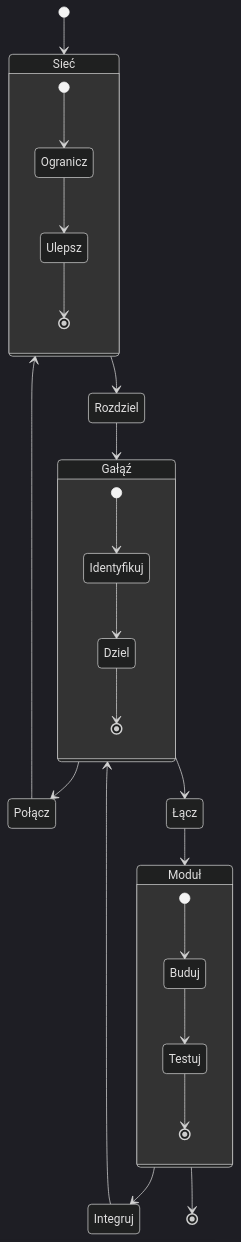
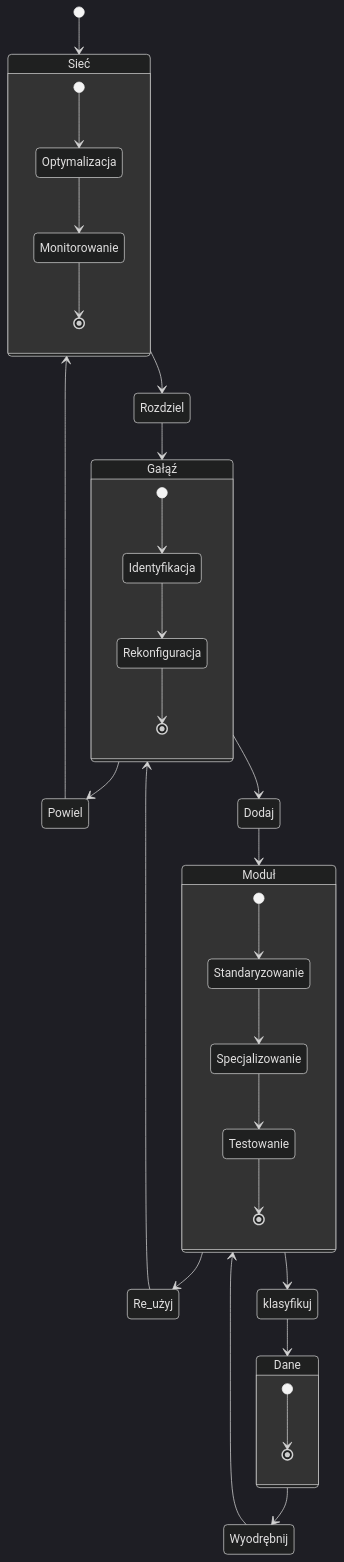
Before and after one commit to hipermodularyzacja/prezentacja: the ninth of 12 diagrams in README.md, drawn with Mermaid (dark theme). The commit also changed other lines of this file, not shown here.

````diff
--- a/README.md
+++ b/README.md
@@ -884,35 +883,46 @@
 ```mermaid
 stateDiagram    
     [*] --> Sieć
    
-    Rozdziel --> Gałąź    
+    Rozdziel --> Gałąź   
     Sieć --> Rozdziel
     
-    Gałąź --> Połącz
-    Połącz --> Sieć
+    Gałąź --> Powiel
+    Powiel --> Sieć
+        
+    Gałąź --> Dodaj
+    Dodaj --> Moduł
 
-    Łącz --> Moduł
-    Moduł --> Integruj
-    Integruj --> Gałąź
-    Gałąź --> Łącz
-    Moduł --> [*]
+    Re_użyj --> Gałąź
+    Moduł --> Re_użyj
+                    
+    Dane --> Wyodrębnij
+    Wyodrębnij --> Moduł
+
+    Moduł --> klasyfikuj
+    klasyfikuj --> Dane
 
 
     state Sieć {
-        [*] --> Ogranicz
-        Ogranicz --> Ulepsz
-        Ulepsz --> [*]
+        [*] --> Optymalizacja
+        Optymalizacja --> Monitorowanie
+        Monitorowanie --> [*]
     }
 
     state Gałąź {
-        [*] --> Identyfikuj
-        Identyfikuj --> Dziel
-        Dziel --> [*]
+        [*] --> Identyfikacja
+        Identyfikacja --> Rekonfiguracja   
+        Rekonfiguracja --> [*]
     }
 
     state Moduł {
-        [*] --> Buduj
-        Buduj --> Testuj    
-        Testuj --> [*]        
+        [*] --> Standaryzowanie
+        Standaryzowanie --> Specjalizowanie
+        Specjalizowanie --> Testowanie
+        Testowanie --> [*]        
     }
+
+    state Dane {
+        [*] --> [*]
+    }    
 ```
````
